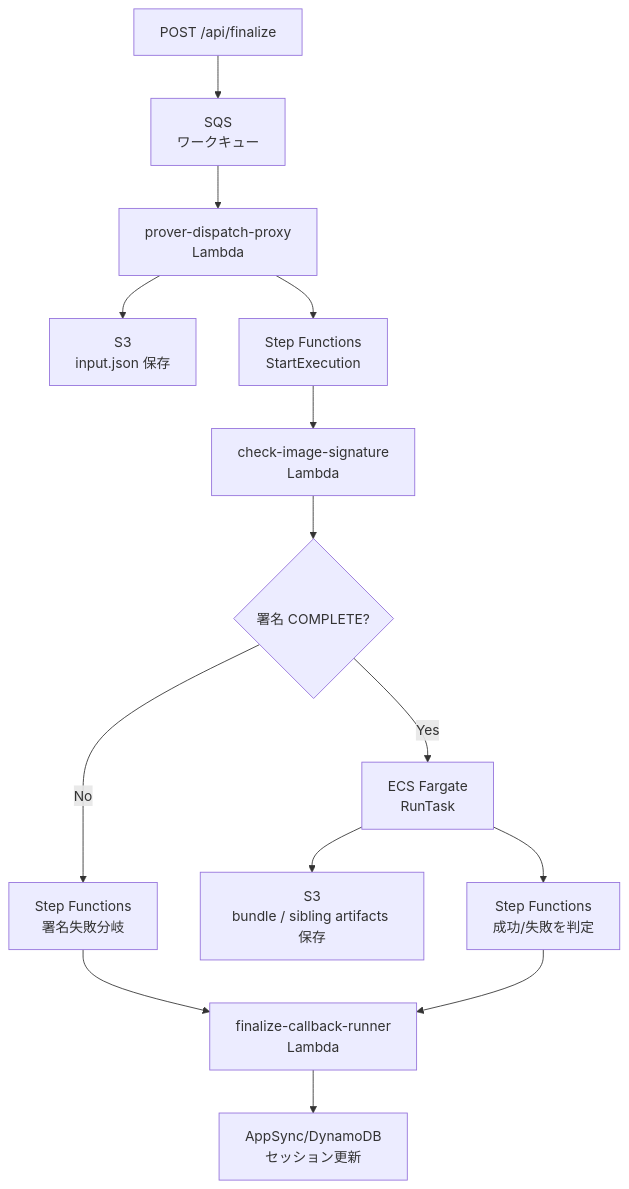
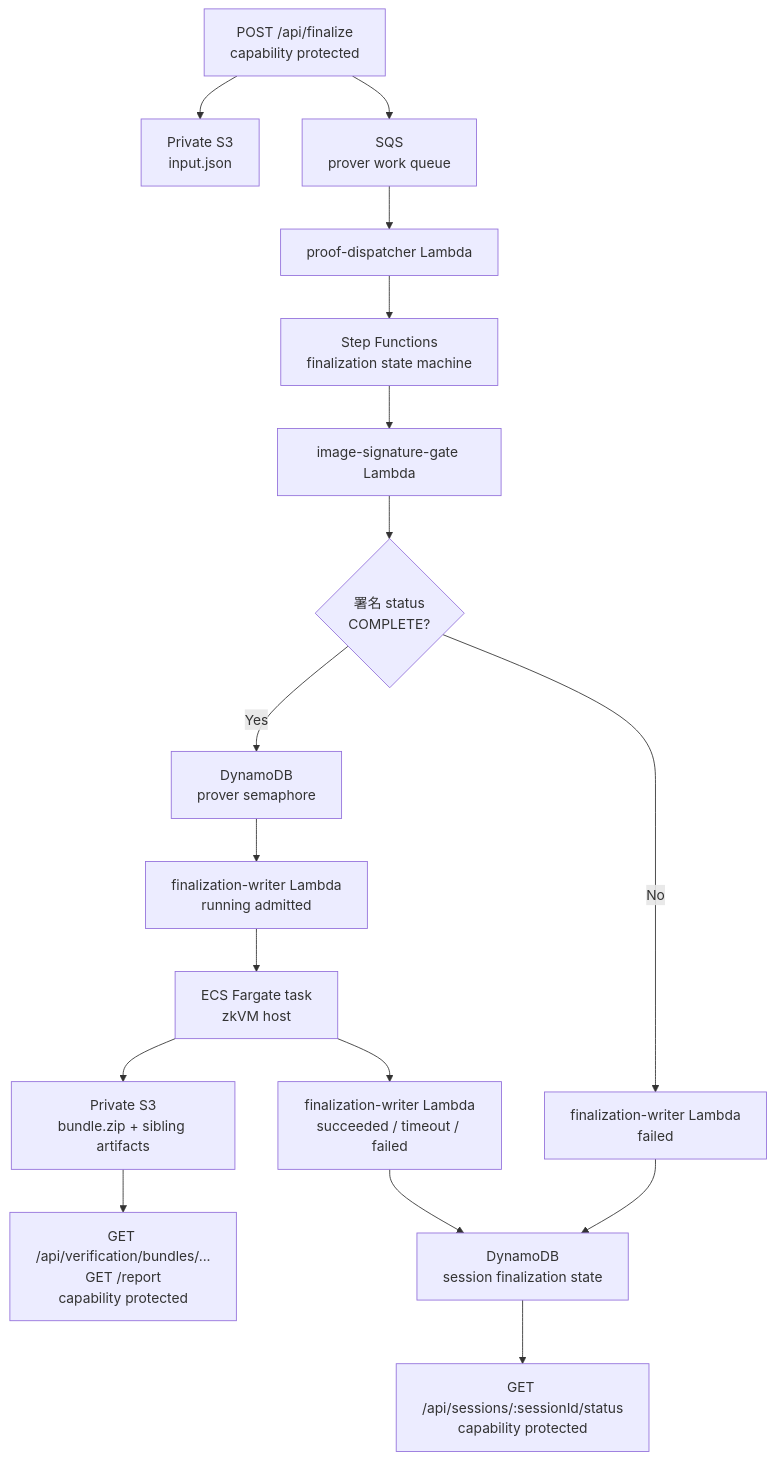
One commit to hwatanabe-jp/stark-ballot-simulator-public changed the first of 3 diagrams in public-book/src/aws/async-prover.md. Above: the diagram before and after it, drawn with Mermaid. The commit also changed other lines of this file and 1491 other files, not shown here.

````diff
--- a/public-book/src/aws/async-prover.md
+++ b/public-book/src/aws/async-prover.md
@@ -11,16 +14,19 @@
 ```mermaid
 flowchart TB
-  API["POST /api/finalize"] --> SQS["SQS<br/>ワークキュー"]
-  SQS --> DP["prover-dispatch-proxy<br/>Lambda"]
-  DP --> S3U["S3<br/>input.json 保存"]
-  DP --> SFN["Step Functions<br/>StartExecution"]
-  SFN --> SIG["check-image-signature<br/>Lambda"]
-  SIG --> CHK{"署名 COMPLETE?"}
-  CHK -->|Yes| ECS["ECS Fargate<br/>RunTask"]
-  CHK -->|No| SFNFAIL["Step Functions<br/>署名失敗分岐"]
-  ECS --> S3W["S3<br/>bundle / sibling artifacts 保存"]
-  ECS --> SFNRET["Step Functions<br/>成功/失敗を判定"]
-  SFNFAIL --> CB["finalize-callback-runner<br/>Lambda"]
-  SFNRET --> CB
-  CB --> DDB["AppSync/DynamoDB<br/>セッション更新"]
+  API["POST /api/finalize<br/>capability protected"] --> S3IN["Private S3<br/>input.json"]
+  API --> SQS["SQS<br/>prover work queue"]
+  SQS --> DISPATCH["proof-dispatcher Lambda"]
+  DISPATCH --> SFN["Step Functions<br/>finalization state machine"]
+  SFN --> SIG["image-signature-gate Lambda"]
+  SIG --> CHECK{"署名 status<br/>COMPLETE?"}
+  CHECK -->|Yes| SEM["DynamoDB<br/>prover semaphore"]
+  SEM --> STARTED["finalization-writer Lambda<br/>running admitted"]
+  STARTED --> ECS["ECS Fargate task<br/>zkVM host"]
+  CHECK -->|No| CALLBACK_FAIL["finalization-writer Lambda<br/>failed"]
+  ECS --> S3OUT["Private S3<br/>bundle.zip + sibling artifacts"]
+  ECS --> CALLBACK_OK["finalization-writer Lambda<br/>succeeded / timeout / failed"]
+  CALLBACK_OK --> DDB["DynamoDB<br/>session finalization state"]
+  CALLBACK_FAIL --> DDB
+  DDB --> STATUS["GET /api/sessions/:sessionId/status<br/>capability protected"]
+  S3OUT --> DOWNLOAD["GET /api/verification/bundles/...<br/>GET /report<br/>capability protected"]
 ```
````
